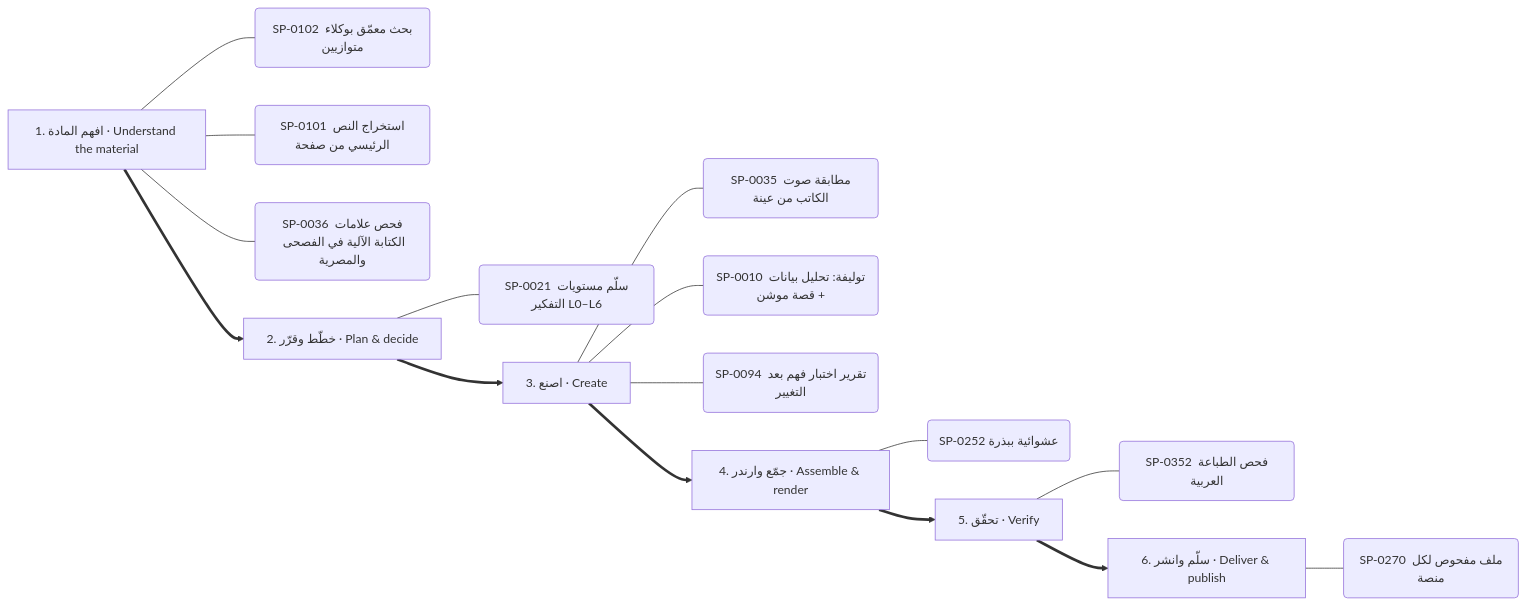
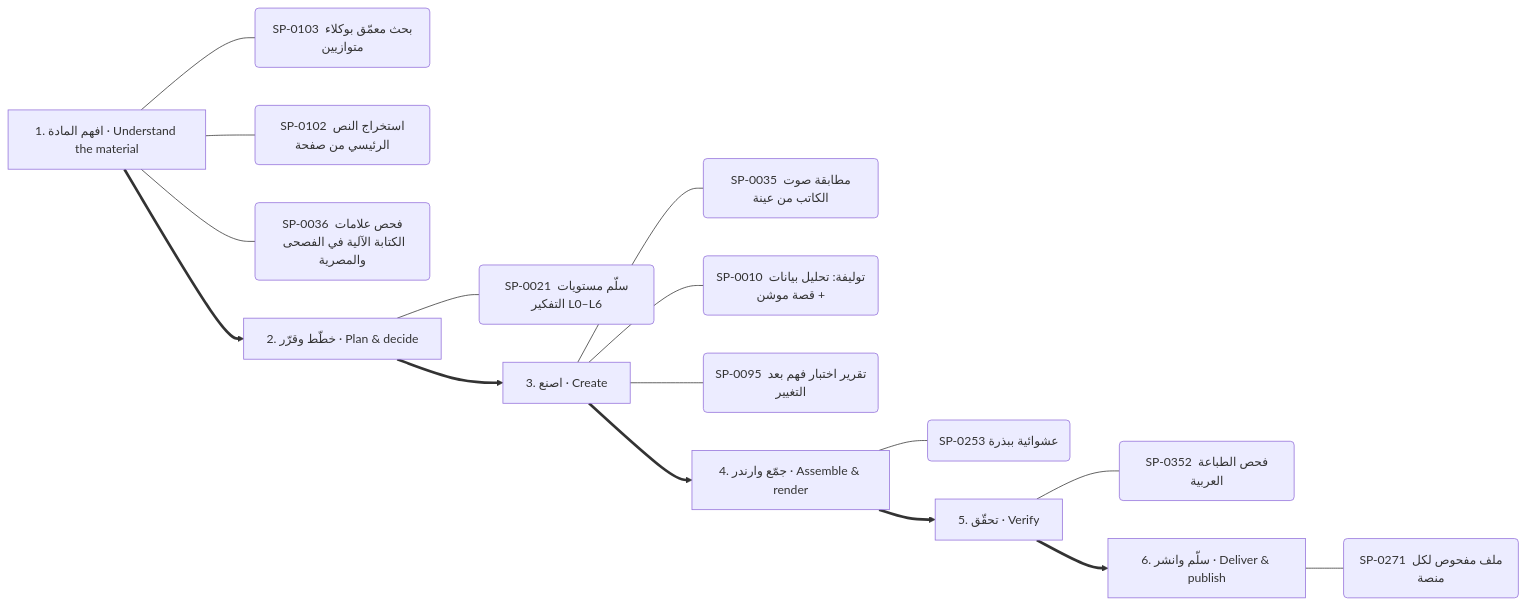
Diagram 13 of 13 in .claude/skills/kosif-superpowers/references/capability-mindmap.md (kosif199022-jpg/kosif-tool), drawn with Mermaid before and after one commit. The commit also changed other lines of this file and 51 other files, not shown here.

````diff
--- a/.claude/skills/kosif-superpowers/references/capability-mindmap.md
+++ b/.claude/skills/kosif-superpowers/references/capability-mindmap.md
@@ -637,24 +637,24 @@
 ```mermaid
 flowchart LR
   S0["1. افهم المادة · Understand the material"]
-  S0 --- S0_0("SP-0102 بحث معمّق بوكلاء متوازيين")
-  S0 --- S0_1("SP-0101 استخراج النص الرئيسي من صفحة")
+  S0 --- S0_0("SP-0103 بحث معمّق بوكلاء متوازيين")
+  S0 --- S0_1("SP-0102 استخراج النص الرئيسي من صفحة")
   S0 --- S0_2("SP-0036 فحص علامات الكتابة الآلية في الفصحى والمصرية")
   S1["2. خطّط وقرّر · Plan & decide"]
   S1 --- S1_0("SP-0021 سلّم مستويات التفكير L0–L6")
   S0 ==> S1
   S2["3. اصنع · Create"]
   S2 --- S2_0("SP-0035 مطابقة صوت الكاتب من عينة")
   S2 --- S2_1("SP-0010 توليفة: تحليل بيانات + قصة موشن")
-  S2 --- S2_2("SP-0094 تقرير اختبار فهم بعد التغيير")
+  S2 --- S2_2("SP-0095 تقرير اختبار فهم بعد التغيير")
   S1 ==> S2
   S3["4. جمّع وارندر · Assemble & render"]
-  S3 --- S3_0("SP-0252 عشوائية ببذرة")
+  S3 --- S3_0("SP-0253 عشوائية ببذرة")
   S2 ==> S3
   S4["5. تحقّق · Verify"]
   S4 --- S4_0("SP-0352 فحص الطباعة العربية")
   S3 ==> S4
   S5["6. سلّم وانشر · Deliver & publish"]
-  S5 --- S5_0("SP-0270 ملف مفحوص لكل منصة")
+  S5 --- S5_0("SP-0271 ملف مفحوص لكل منصة")
   S4 ==> S5
 ```
````
